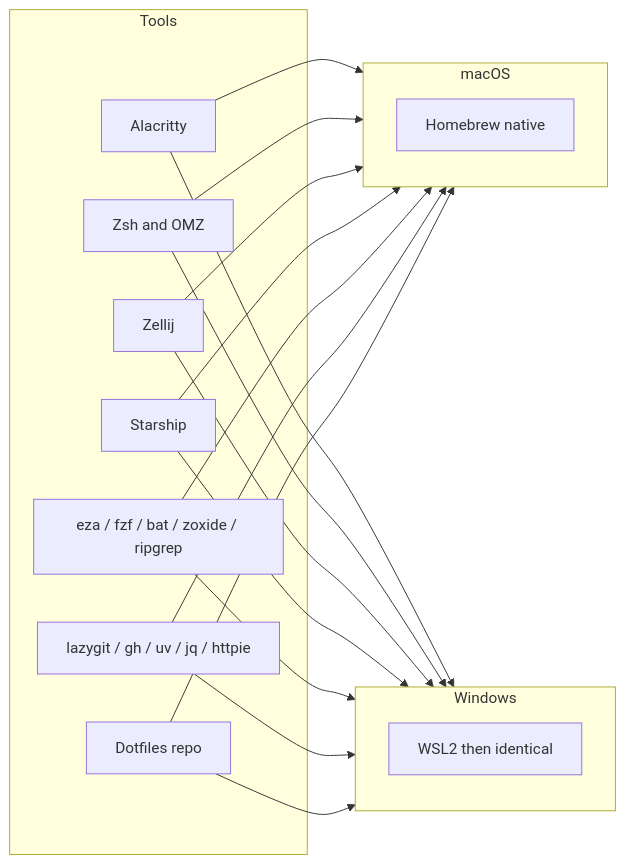
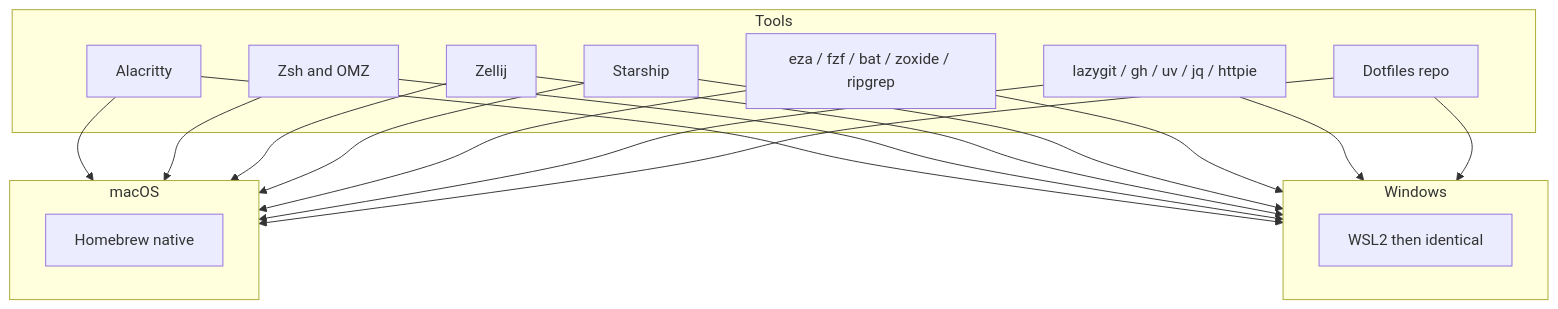
The third of 3 diagrams in README.md (deepusharma/dotfiles), drawn with Mermaid before and after one commit. The commit also changed other lines of this file, not shown here.

Commit message:
docs: Refactor Mermaid diagrams to use top-down flow and explicit subgraph IDs for improved readability, and add minor formatting adjustments.

````diff
--- a/README.md
+++ b/README.md
@@ -87,35 +87,35 @@
 ```mermaid
-graph LR
-    subgraph Tools
+graph TD
+    subgraph ToolsGroup[Tools]
         T1[Alacritty]
         T2[Zsh and OMZ]
         T3[Zellij]
         T4[Starship]
         T5[eza / fzf / bat / zoxide / ripgrep]
         T6[lazygit / gh / uv / jq / httpie]
         T7[Dotfiles repo]
     end
 
-    subgraph macOS
+    subgraph MacGroup[macOS]
         MA[Homebrew native]
     end
 
-    subgraph Windows
+    subgraph WinGroup[Windows]
         WA[WSL2 then identical]
     end
 
-    T1 --> macOS
-    T1 --> Windows
-    T2 --> macOS
-    T2 --> Windows
-    T3 --> macOS
-    T3 --> Windows
-    T4 --> macOS
-    T4 --> Windows
-    T5 --> macOS
-    T5 --> Windows
-    T6 --> macOS
-    T6 --> Windows
-    T7 --> macOS
-    T7 --> Windows
+    T1 --> MacGroup
+    T1 --> WinGroup
+    T2 --> MacGroup
+    T2 --> WinGroup
+    T3 --> MacGroup
+    T3 --> WinGroup
+    T4 --> MacGroup
+    T4 --> WinGroup
+    T5 --> MacGroup
+    T5 --> WinGroup
+    T6 --> MacGroup
+    T6 --> WinGroup
+    T7 --> MacGroup
+    T7 --> WinGroup
 ```
````
